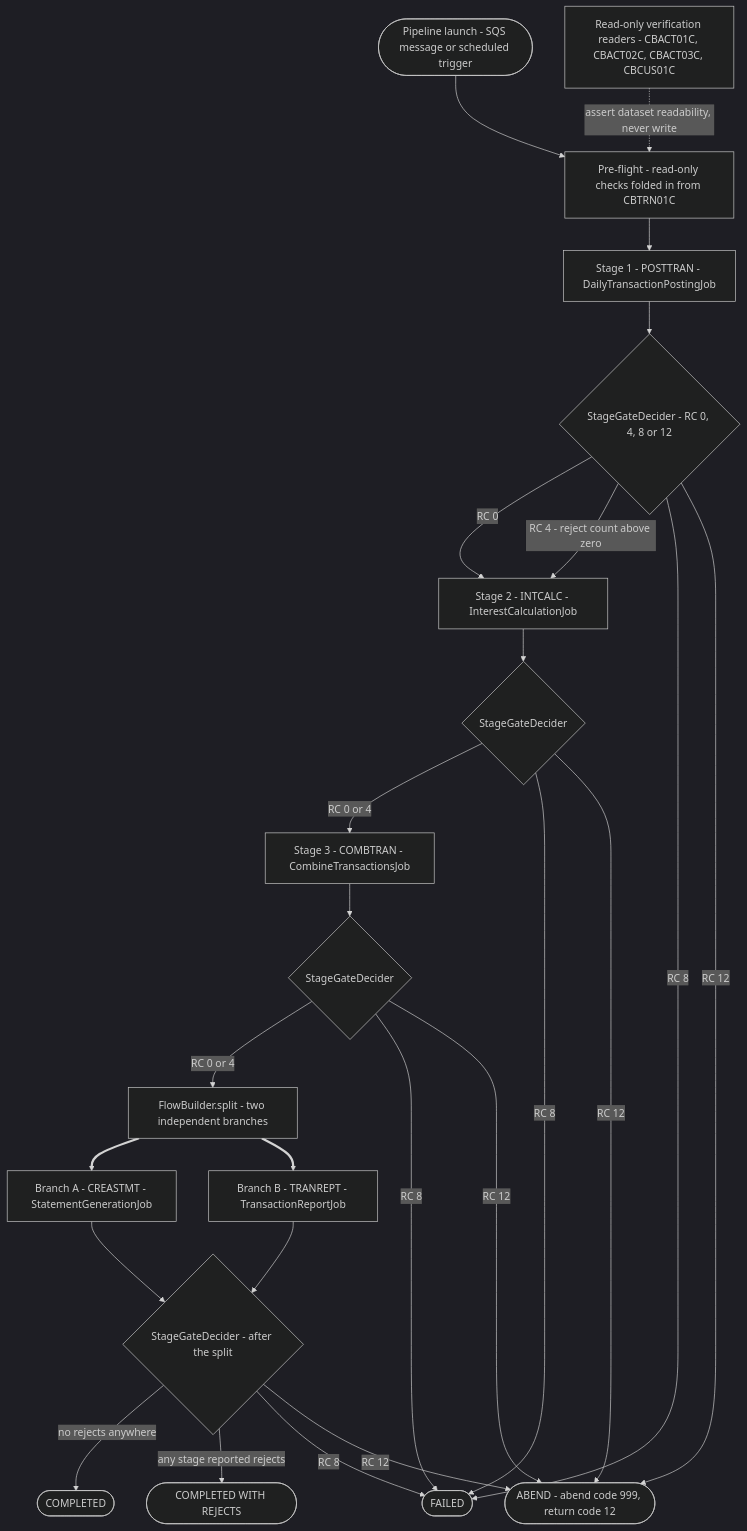
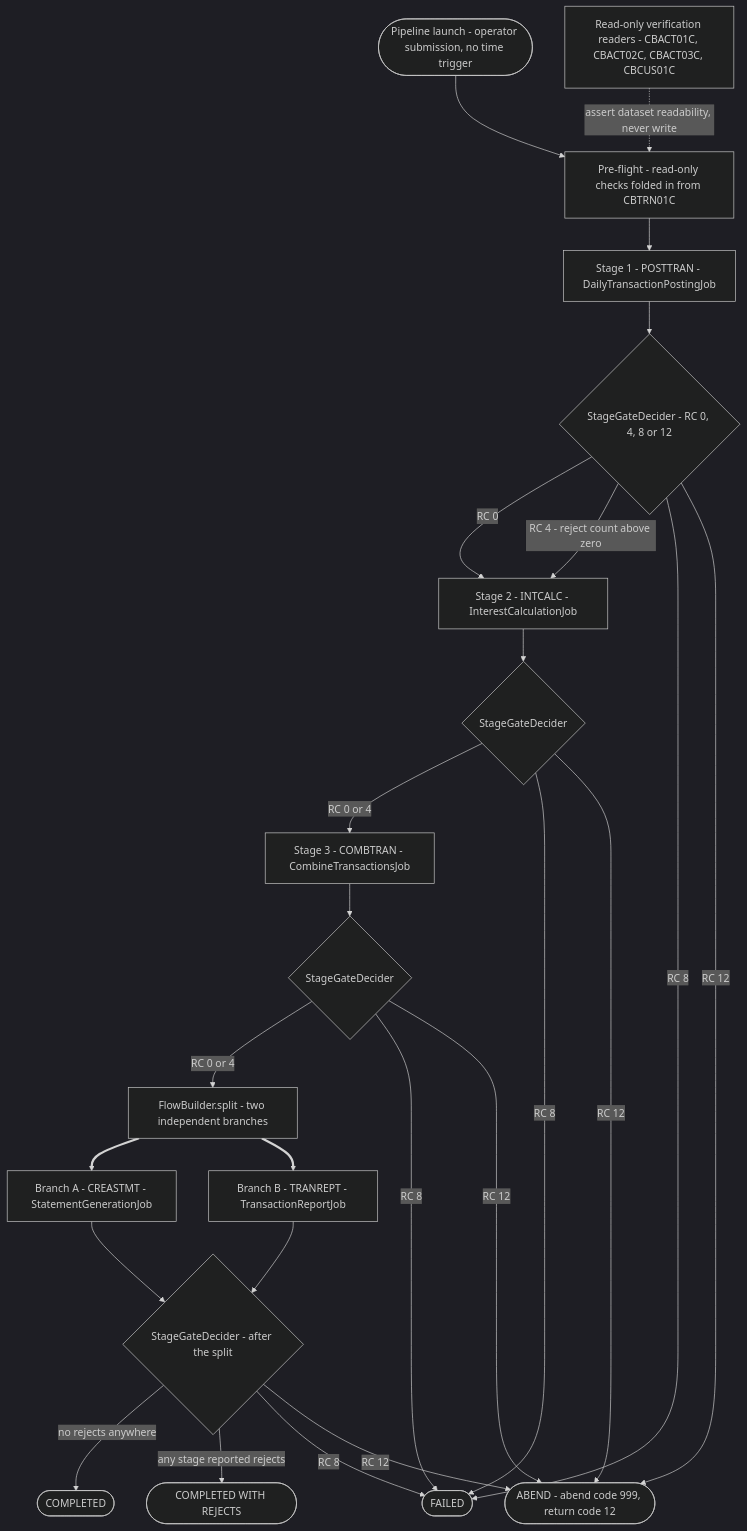
The fifth of 9 diagrams in docs/architecture-before-after.md (Blitzy-Sandbox/blitzy-card-demo), drawn with Mermaid (dark theme) before and after one commit. The commit also changed other lines of this file and 126 other files, not shown here.

````diff
--- a/docs/architecture-before-after.md
+++ b/docs/architecture-before-after.md
@@ -1121,47 +1170,47 @@
 ```mermaid
 flowchart TD
-    START(["Pipeline launch - SQS message or scheduled trigger"])
+    START(["Pipeline launch - operator submission, no time trigger"])
     PRE["Pre-flight - read-only checks folded in from CBTRN01C"]
     POST["Stage 1 - POSTTRAN - DailyTransactionPostingJob"]
     G1{"StageGateDecider - RC 0, 4, 8 or 12"}
     INT["Stage 2 - INTCALC - InterestCalculationJob"]
     G2{"StageGateDecider"}
     COMB["Stage 3 - COMBTRAN - CombineTransactionsJob"]
     G3{"StageGateDecider"}
     FORK["FlowBuilder.split - two independent branches"]
     STMT["Branch A - CREASTMT - StatementGenerationJob"]
     RPT["Branch B - TRANREPT - TransactionReportJob"]
     G4{"StageGateDecider - after the split"}
     DONE(["COMPLETED"])
     DONEREJ(["COMPLETED WITH REJECTS"])
     FAILED(["FAILED"])
     ABEND(["ABEND - abend code 999, return code 12"])
 
     VERIFY["Read-only verification readers - CBACT01C, CBACT02C, CBACT03C, CBCUS01C"]
 
     START --> PRE
     PRE --> POST
     POST --> G1
     G1 -->|"RC 0"| INT
     G1 -->|"RC 4 - reject count above zero"| INT
     G1 -->|"RC 8"| FAILED
     G1 -->|"RC 12"| ABEND
     INT --> G2
     G2 -->|"RC 0 or 4"| COMB
     G2 -->|"RC 8"| FAILED
     G2 -->|"RC 12"| ABEND
     COMB --> G3
     G3 -->|"RC 0 or 4"| FORK
     G3 -->|"RC 8"| FAILED
     G3 -->|"RC 12"| ABEND
     FORK ==> STMT
     FORK ==> RPT
     STMT --> G4
     RPT --> G4
     G4 -->|"no rejects anywhere"| DONE
     G4 -->|"any stage reported rejects"| DONEREJ
     G4 -->|"RC 8"| FAILED
     G4 -->|"RC 12"| ABEND
 
     VERIFY -.->|"assert dataset readability, never write"| PRE
 ```
````
